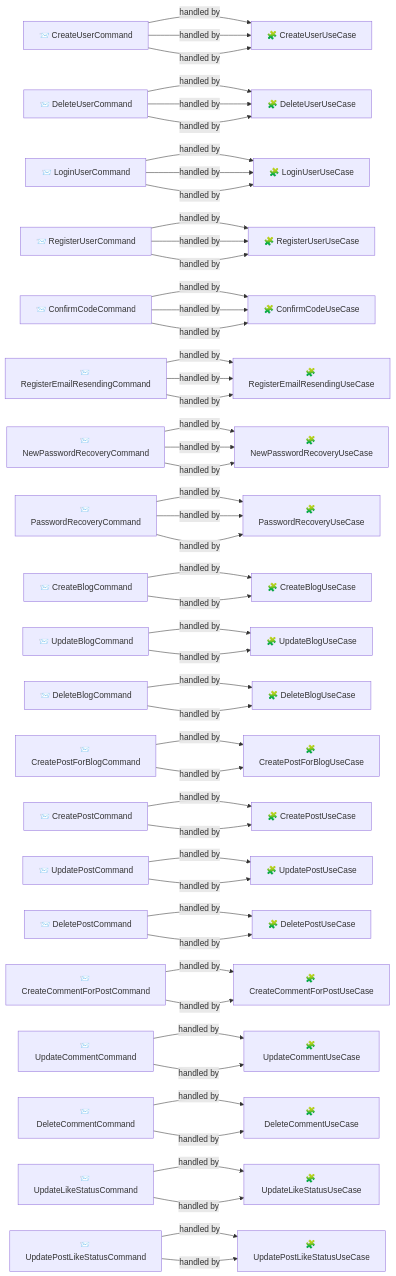
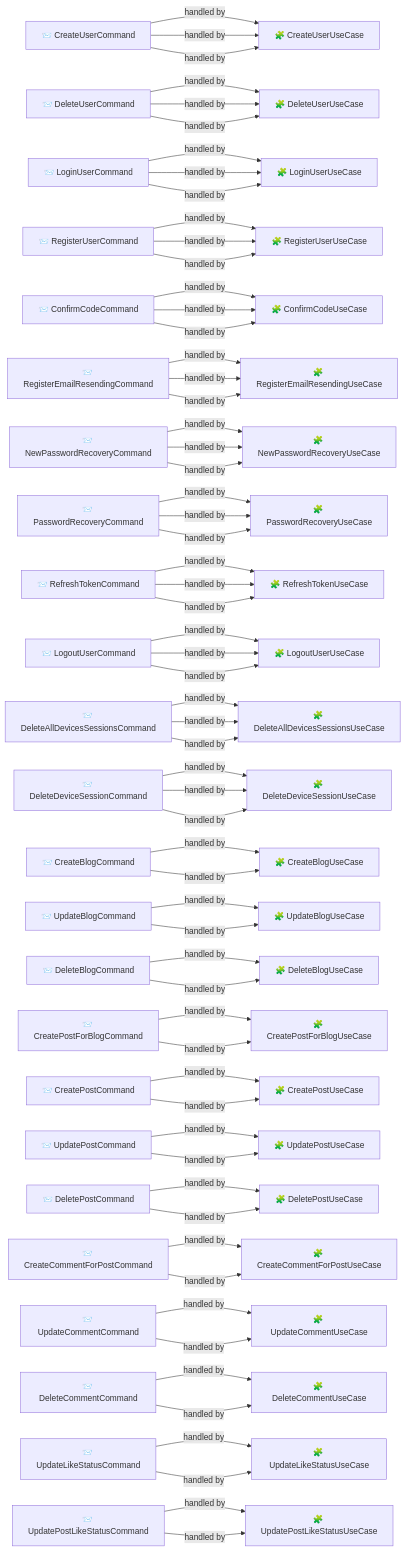
Before and after one commit to anechka002/blogger_platform_nest_sql: diagram 16 of 16 in nest-graph.md, drawn with Mermaid. The commit also changed other lines of this file and 18 other files, not shown here.

````diff
--- a/nest-graph.md
+++ b/nest-graph.md
@@ -528,6 +643,14 @@
   handler_NewPasswordRecoveryUseCase["🧩 NewPasswordRecoveryUseCase"]
   command_PasswordRecoveryCommand["📨 PasswordRecoveryCommand"]
   handler_PasswordRecoveryUseCase["🧩 PasswordRecoveryUseCase"]
+  command_RefreshTokenCommand["📨 RefreshTokenCommand"]
+  handler_RefreshTokenUseCase["🧩 RefreshTokenUseCase"]
+  command_LogoutUserCommand["📨 LogoutUserCommand"]
+  handler_LogoutUserUseCase["🧩 LogoutUserUseCase"]
+  command_DeleteAllDevicesSessionsCommand["📨 DeleteAllDevicesSessionsCommand"]
+  handler_DeleteAllDevicesSessionsUseCase["🧩 DeleteAllDevicesSessionsUseCase"]
+  command_DeleteDeviceSessionCommand["📨 DeleteDeviceSessionCommand"]
+  handler_DeleteDeviceSessionUseCase["🧩 DeleteDeviceSessionUseCase"]
   command_CreateBlogCommand["📨 CreateBlogCommand"]
   handler_CreateBlogUseCase["🧩 CreateBlogUseCase"]
   command_UpdateBlogCommand["📨 UpdateBlogCommand"]
@@ -560,6 +683,10 @@
   command_RegisterEmailResendingCommand -->|handled by| handler_RegisterEmailResendingUseCase
   command_NewPasswordRecoveryCommand -->|handled by| handler_NewPasswordRecoveryUseCase
   command_PasswordRecoveryCommand -->|handled by| handler_PasswordRecoveryUseCase
+  command_RefreshTokenCommand -->|handled by| handler_RefreshTokenUseCase
+  command_LogoutUserCommand -->|handled by| handler_LogoutUserUseCase
+  command_DeleteAllDevicesSessionsCommand -->|handled by| handler_DeleteAllDevicesSessionsUseCase
+  command_DeleteDeviceSessionCommand -->|handled by| handler_DeleteDeviceSessionUseCase
   command_CreateBlogCommand -->|handled by| handler_CreateBlogUseCase
   command_UpdateBlogCommand -->|handled by| handler_UpdateBlogUseCase
   command_DeleteBlogCommand -->|handled by| handler_DeleteBlogUseCase
@@ -580,6 +707,10 @@
   command_RegisterEmailResendingCommand -->|handled by| handler_RegisterEmailResendingUseCase
   command_NewPasswordRecoveryCommand -->|handled by| handler_NewPasswordRecoveryUseCase
   command_PasswordRecoveryCommand -->|handled by| handler_PasswordRecoveryUseCase
+  command_RefreshTokenCommand -->|handled by| handler_RefreshTokenUseCase
+  command_LogoutUserCommand -->|handled by| handler_LogoutUserUseCase
+  command_DeleteAllDevicesSessionsCommand -->|handled by| handler_DeleteAllDevicesSessionsUseCase
+  command_DeleteDeviceSessionCommand -->|handled by| handler_DeleteDeviceSessionUseCase
   command_CreateBlogCommand -->|handled by| handler_CreateBlogUseCase
   command_UpdateBlogCommand -->|handled by| handler_UpdateBlogUseCase
   command_DeleteBlogCommand -->|handled by| handler_DeleteBlogUseCase
@@ -600,4 +731,8 @@
   command_RegisterEmailResendingCommand -->|handled by| handler_RegisterEmailResendingUseCase
   command_NewPasswordRecoveryCommand -->|handled by| handler_NewPasswordRecoveryUseCase
   command_PasswordRecoveryCommand -->|handled by| handler_PasswordRecoveryUseCase
+  command_RefreshTokenCommand -->|handled by| handler_RefreshTokenUseCase
+  command_LogoutUserCommand -->|handled by| handler_LogoutUserUseCase
+  command_DeleteAllDevicesSessionsCommand -->|handled by| handler_DeleteAllDevicesSessionsUseCase
+  command_DeleteDeviceSessionCommand -->|handled by| handler_DeleteDeviceSessionUseCase
 ```
````
